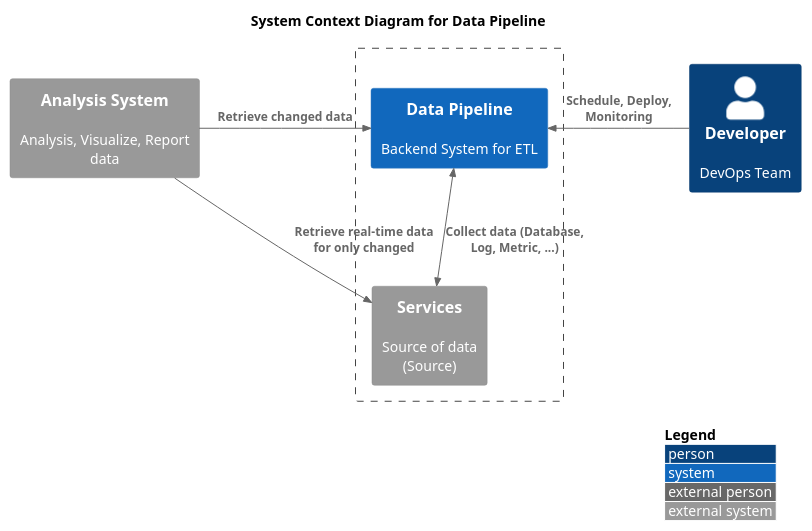
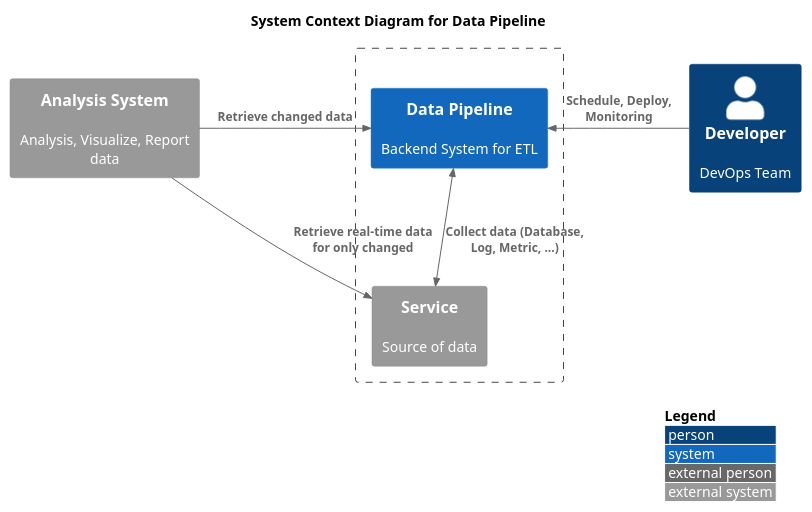
The first of 2 diagrams in _diary/2024-06-19.md (yanghoon/obsidian-workspace), drawn with PlantUML before and after one commit. The commit also changed other lines of this file, not shown here.

Commit message:
vault backup: 2024-06-21 19:38:03

````diff
--- a/_diary/2024-06-19.md
+++ b/_diary/2024-06-19.md
@@ -3,20 +3,20 @@
 ```plantuml
 !include <C4/C4_Context.puml>
 
 LAYOUT_TOP_DOWN()
 LAYOUT_WITH_LEGEND()
 
 title System Context Diagram for Data Pipeline
 
 System_Ext(analysis, "Analysis System", "Analysis, Visualize, Report data")
 Boundary(system, "") {
-	System_Ext(service, "Services", "Source of data\n(Source)")
+	System_Ext(service, "Service", "Source of data")
 	System(app, "Data Pipeline", "Backend System for ETL")
 }
 Person(developer, "Developer", "DevOps Team")
 
 Rel_Right(analysis, app, "Retrieve changed data")
 Rel_Right(analysis, service, "Retrieve real-time data for only changed")
 Rel_Left(developer, app, "Schedule, Deploy, Monitoring")
 BiRel(app, service, "Collect data (Database, Log, Metric, ...)")
 ```
````
